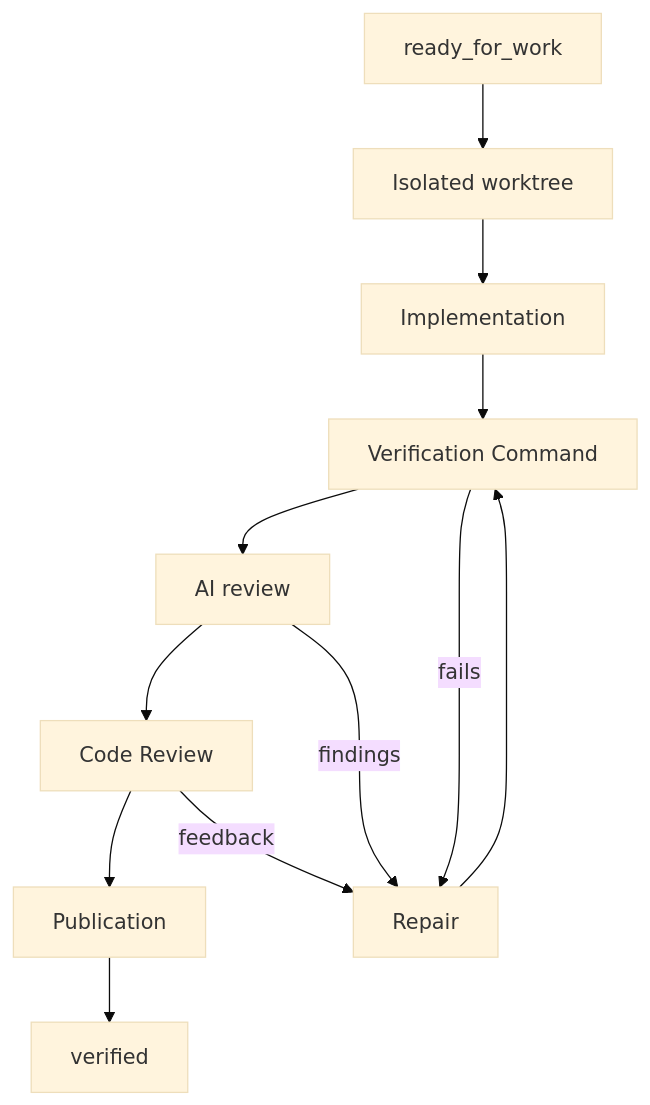
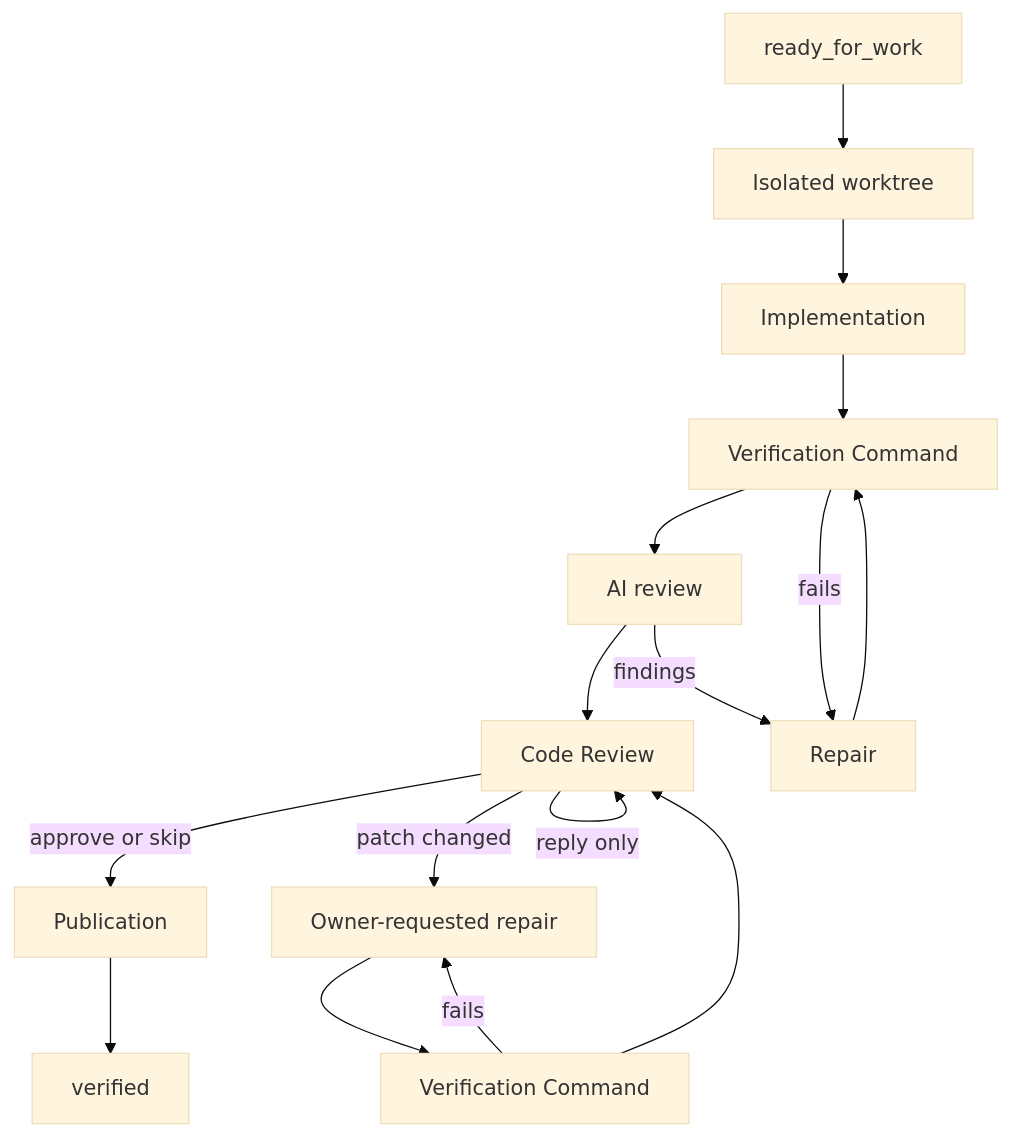
One commit to RunWield/runwield changed the diagram in docs/prd/runwield-core-prd.md. Above: the diagram before and after it, drawn with Mermaid (base theme). The commit also changed other lines of this file and 30 other files, not shown here.

````diff
--- a/docs/prd/runwield-core-prd.md
+++ b/docs/prd/runwield-core-prd.md
@@ -549,14 +549,18 @@
 ```mermaid
 graph TD
     A[ready_for_work] --> B[Isolated worktree]
     B --> C[Implementation]
     C --> D[Verification Command]
     D --> E[AI review]
     E --> F[Code Review]
-    F --> G[Publication]
+    F -->|approve or skip| G[Publication]
     G --> H[verified]
     D -->|fails| R[Repair]
     E -->|findings| R
-    F -->|feedback| R
+    F -->|patch changed| HR[Owner-requested repair]
+    HR --> HC[Verification Command]
+    HC --> F
+    HC -->|fails| HR
+    F -->|reply only| F
     R --> D
 ```
````
